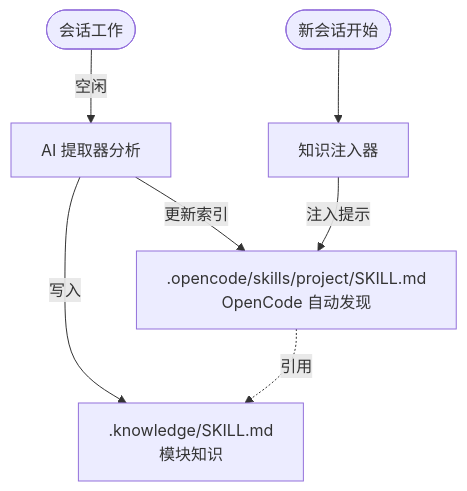
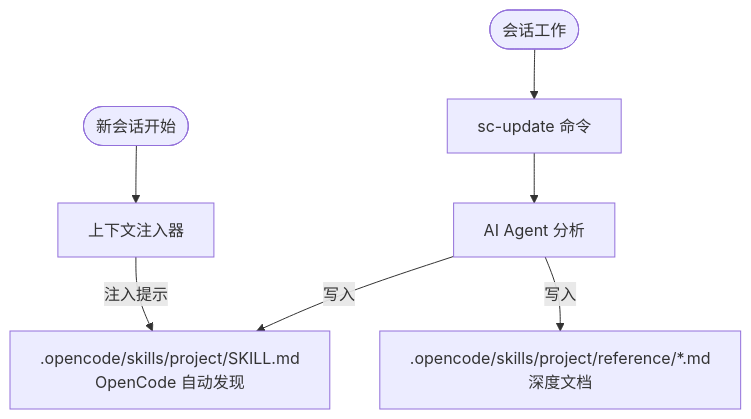
The diagram in README.zh-cn.md (cxOrz/smart-codebase), drawn with Mermaid before and after one commit. The commit also changed other lines of this file and 2 other files, not shown here.

Commit message:
docs: update README and AGENTS.md for skill-centric architecture

````diff
--- a/README.zh-cn.md
+++ b/README.zh-cn.md
@@ -23,17 +23,18 @@
 ```mermaid
 graph TB
     Start([会话工作])
-    Extractor[AI 提取器分析]
-    SkillFile[.knowledge/SKILL.md<br/>模块知识]
-    ProjectSkill[.opencode/skills/project/SKILL.md<br/>OpenCode 自动发现]
+    Update[sc-update 命令]
+    Agent[AI Agent 分析]
+    SkillFile[.opencode/skills/project/SKILL.md<br/>OpenCode 自动发现]
+    RefFiles[.opencode/skills/project/reference/*.md<br/>深度文档]
     NewSession([新会话开始])
-    Injector[知识注入器]
+    Injector[上下文注入器]
     
-    Start -->|空闲| Extractor
-    Extractor -->|写入| SkillFile
-    Extractor -->|更新索引| ProjectSkill
+    Start --> Update
+    Update --> Agent
+    Agent -->|写入| SkillFile
+    Agent -->|写入| RefFiles
     
     NewSession --> Injector
-    Injector -->|注入提示| ProjectSkill
-    ProjectSkill -.->|引用| SkillFile
+    Injector -->|注入提示| SkillFile
 ```
````
